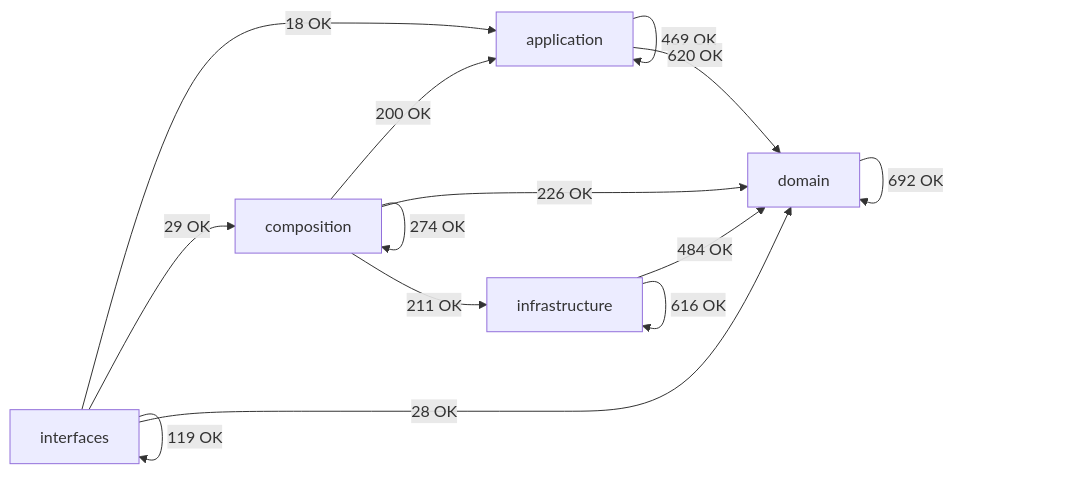
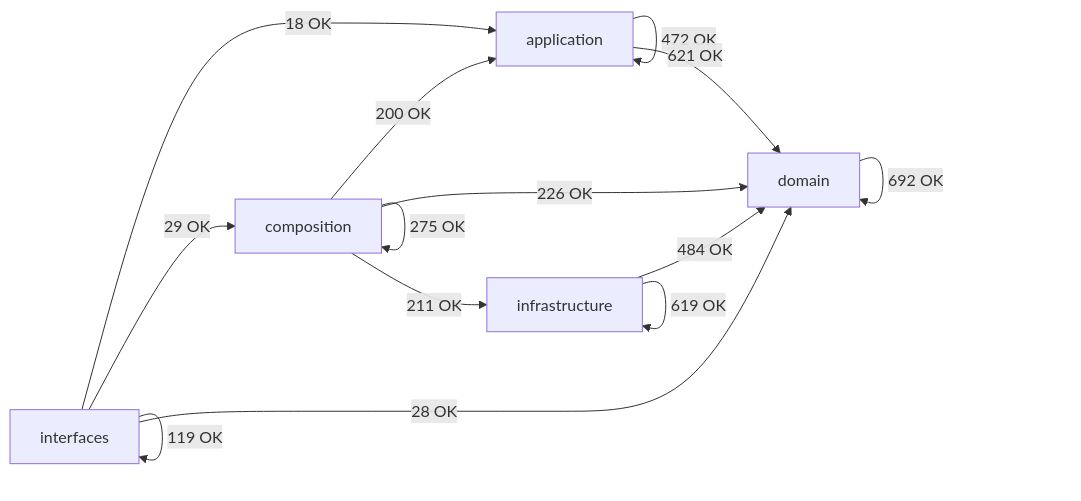
One commit to SatoryKono/BioactivityDataAcquisition changed the diagram in docs/02-architecture/generated/module-dependency-map.md. Above: the diagram before and after it, drawn with Mermaid. The commit also changed other lines of this file and 17 other files, not shown here.

````diff
--- a/docs/02-architecture/generated/module-dependency-map.md
+++ b/docs/02-architecture/generated/module-dependency-map.md
@@ -16,21 +16,21 @@
 ```mermaid
 flowchart LR
     domain[domain]
     application[application]
     infrastructure[infrastructure]
     composition[composition]
     interfaces[interfaces]
-    application -->|469 OK| application
-    application -->|620 OK| domain
+    application -->|472 OK| application
+    application -->|621 OK| domain
     composition -->|200 OK| application
-    composition -->|274 OK| composition
+    composition -->|275 OK| composition
     composition -->|226 OK| domain
     composition -->|211 OK| infrastructure
     domain -->|692 OK| domain
     infrastructure -->|484 OK| domain
-    infrastructure -->|616 OK| infrastructure
+    infrastructure -->|619 OK| infrastructure
     interfaces -->|18 OK| application
     interfaces -->|29 OK| composition
     interfaces -->|28 OK| domain
     interfaces -->|119 OK| interfaces
 ```
````
